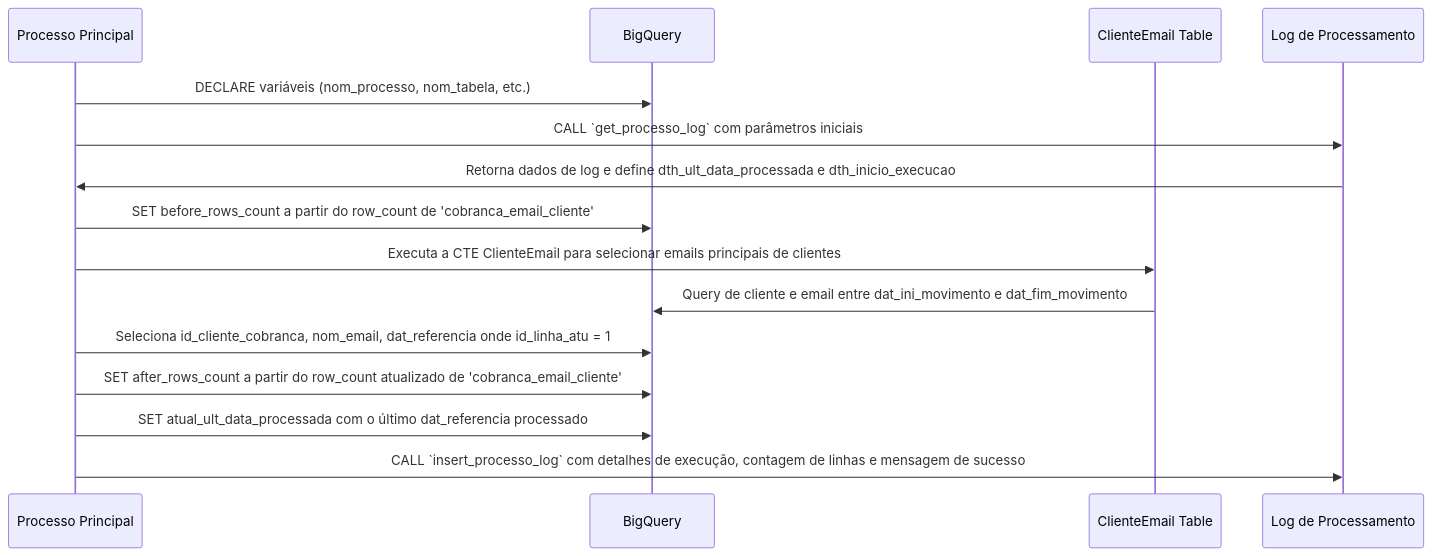
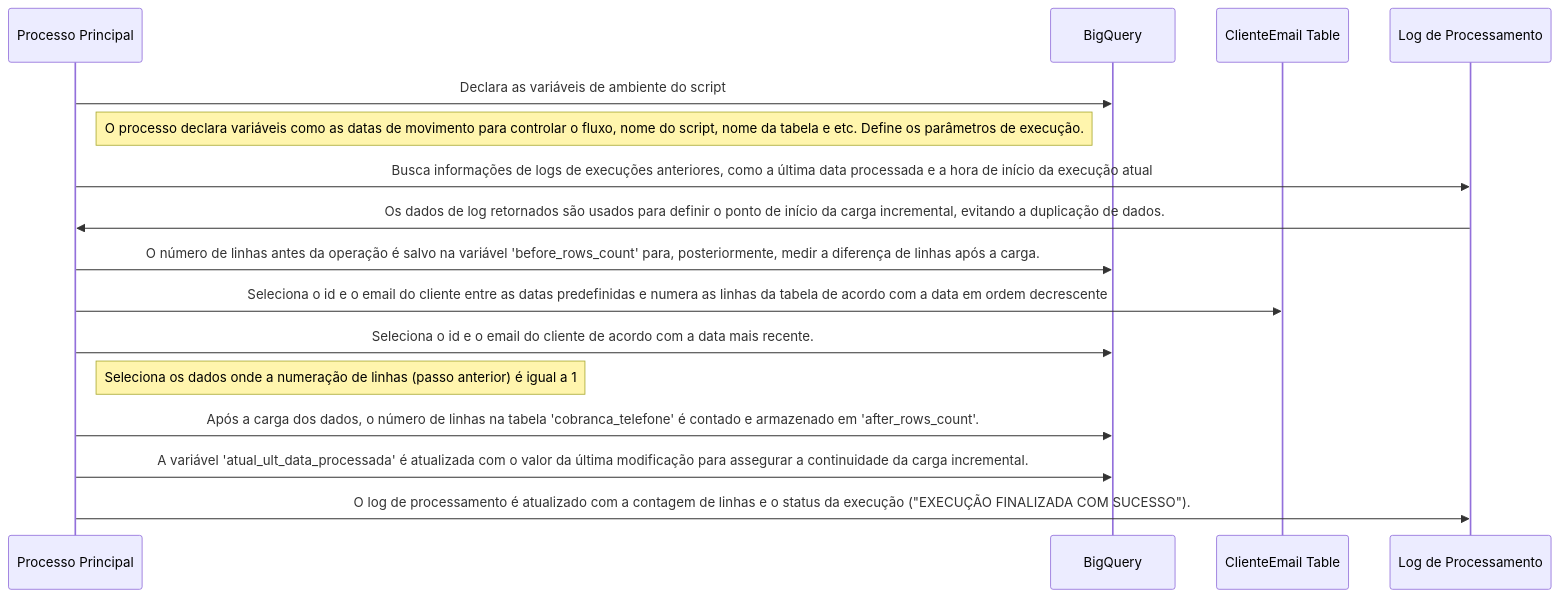
Before and after one commit to 2RP-Squad404/Halo-World: the diagram in Sprints/SP03-0511/Gabriel/cobranca_email_cliente.md, drawn with Mermaid. The commit also changed 1 other file, not shown here.

Commit message:
docs: scripts diagram detailed

````diff
--- a/Sprints/SP03-0511/Gabriel/cobranca_email_cliente.md
+++ b/Sprints/SP03-0511/Gabriel/cobranca_email_cliente.md
@@ -1,23 +1,27 @@
 ```mermaid
 sequenceDiagram
     participant Processo as Processo Principal
     participant BigQuery as BigQuery
     participant ClienteEmail as ClienteEmail Table
     participant Logs as Log de Processamento
 
-    Processo->>BigQuery: DECLARE variáveis (nom_processo, nom_tabela, etc.)
-    Processo->>Logs: CALL `get_processo_log` com parâmetros iniciais
-    Logs->>Processo: Retorna dados de log e define dth_ult_data_processada e dth_inicio_execucao
+    Processo->>BigQuery: Declara as variáveis de ambiente do script
+    note right of Processo: O processo declara variáveis como as datas de movimento para controlar o fluxo, nome do script, nome da tabela e etc. Define os parâmetros de execução.
 
-    Processo->>BigQuery: SET before_rows_count a partir do row_count de 'cobranca_email_cliente'
+    Processo->>Logs: Busca informações de logs de execuções anteriores, como a última data processada e a hora de início da execução atual
+    
+    Logs->>Processo: Os dados de log retornados são usados para definir o ponto de início da carga incremental, evitando a duplicação de dados.
 
-    Processo->>ClienteEmail: Executa a CTE ClienteEmail para selecionar emails principais de clientes
-    ClienteEmail->>BigQuery: Query de cliente e email entre dat_ini_movimento e dat_fim_movimento
+    Processo->>BigQuery: O número de linhas antes da operação é salvo na variável 'before_rows_count' para, posteriormente, medir a diferença de linhas após a carga.
 
-    Processo->>BigQuery: Seleciona id_cliente_cobranca, nom_email, dat_referencia onde id_linha_atu = 1
+    Processo->>ClienteEmail: Seleciona o id e o email do cliente entre as datas predefinidas e numera as linhas da tabela de acordo com a data em ordem decrescente
 
-    Processo->>BigQuery: SET after_rows_count a partir do row_count atualizado de 'cobranca_email_cliente'
-    Processo->>BigQuery: SET atual_ult_data_processada com o último dat_referencia processado
+    Processo->>BigQuery: Seleciona o id e o email do cliente de acordo com a data mais recente.
+    note right of Processo: Seleciona os dados onde a numeração de linhas (passo anterior) é igual a 1
 
-    Processo->>Logs: CALL `insert_processo_log` com detalhes de execução, contagem de linhas e mensagem de sucesso
+    Processo->>BigQuery: Após a carga dos dados, o número de linhas na tabela 'cobranca_telefone' é contado e armazenado em 'after_rows_count'.
+
+    Processo->>BigQuery: A variável 'atual_ult_data_processada' é atualizada com o valor da última modificação para assegurar a continuidade da carga incremental.
+
+    Processo->>Logs: O log de processamento é atualizado com a contagem de linhas e o status da execução ("EXECUÇÃO FINALIZADA COM SUCESSO").
 ```
````
